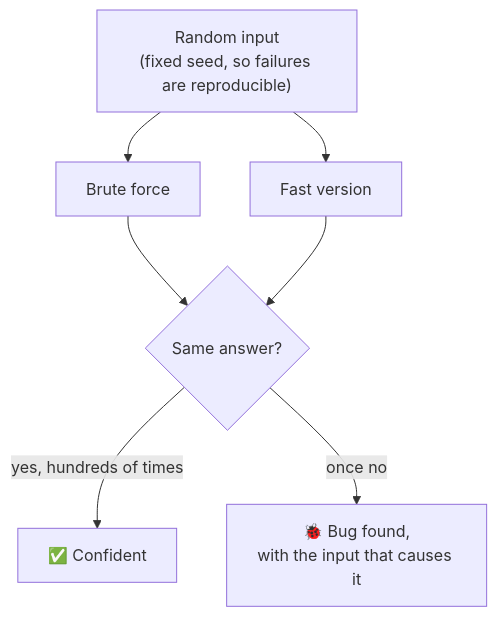
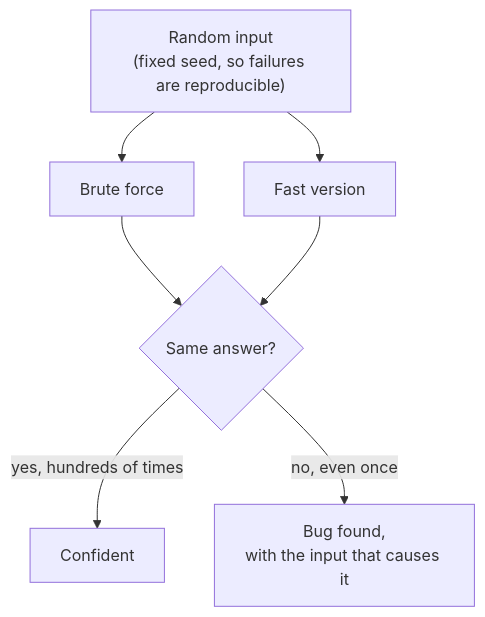
The tenth of 11 diagrams in lessons/01-two-sum/README.md (callasalvatore/csharp-algorithms), drawn with Mermaid before and after one commit. The commit also changed other lines of this file and 4 other files, not shown here.

````diff
--- a/lessons/01-two-sum/README.md
+++ b/lessons/01-two-sum/README.md
@@ -352,9 +316,9 @@
 ```mermaid
 flowchart TB
     R["Random input<br/>(fixed seed, so failures are reproducible)"] --> B["Brute force"]
     R --> F["Fast version"]
     B --> C{"Same answer?"}
     F --> C
-    C -->|"yes, hundreds of times"| OK["✅ Confident"]
-    C -->|"once no"| BUG["🐞 Bug found,<br/>with the input that causes it"]
+    C -->|"yes, hundreds of times"| OK["Confident"]
+    C -->|"no, even once"| BUG["Bug found,<br/>with the input that causes it"]
 ```
````
